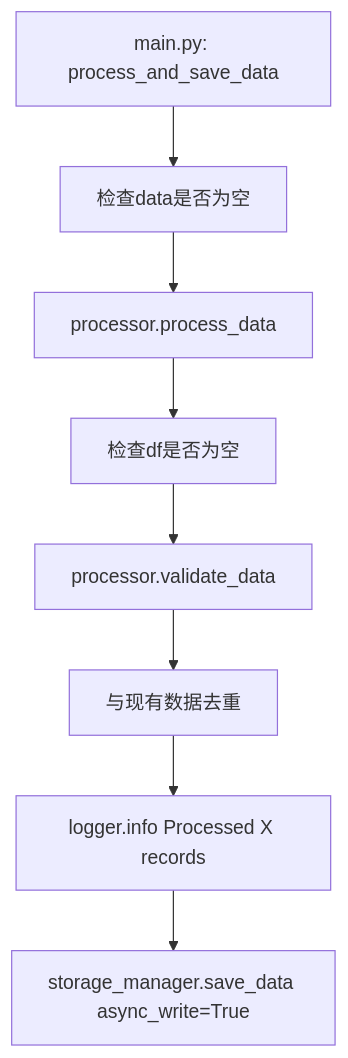
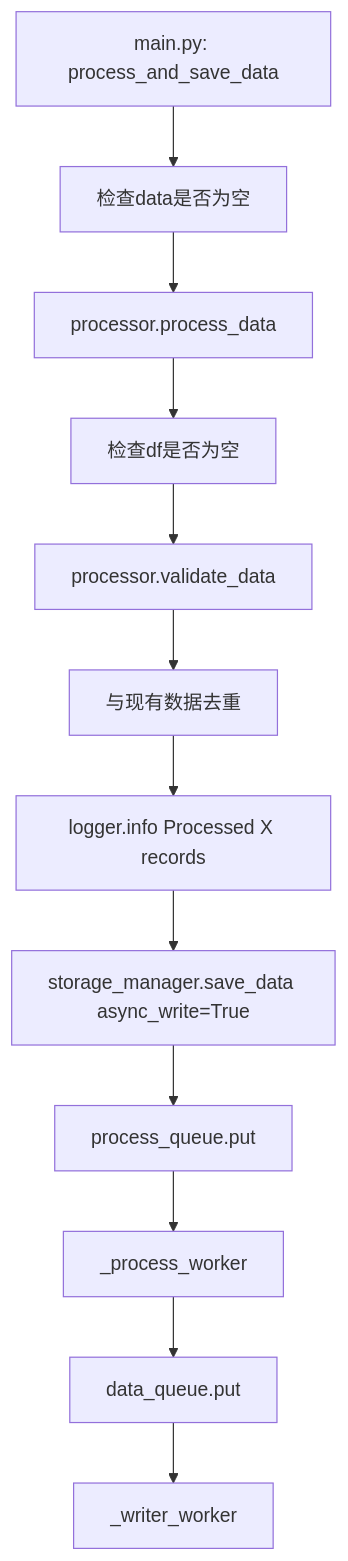
Diagram 11 of 16 in p/main_to_interface_flow.md (k2o333/quantaalpha), drawn with Mermaid before and after one commit. The commit also changed other lines of this file and 3 other files, not shown here.

````diff
--- a/p/main_to_interface_flow.md
+++ b/p/main_to_interface_flow.md
@@ -234,10 +284,14 @@
 ```mermaid
 graph TD
     A[main.py: process_and_save_data] --> B[检查data是否为空]
     B --> C[processor.process_data]
     C --> D[检查df是否为空]
     D --> E[processor.validate_data]
     E --> F[与现有数据去重]
     F --> G[logger.info Processed X records]
     G --> H[storage_manager.save_data async_write=True]
+    H --> I[process_queue.put]
+    I --> J[_process_worker]
+    J --> K[data_queue.put]
+    K --> L[_writer_worker]
 ```
````
